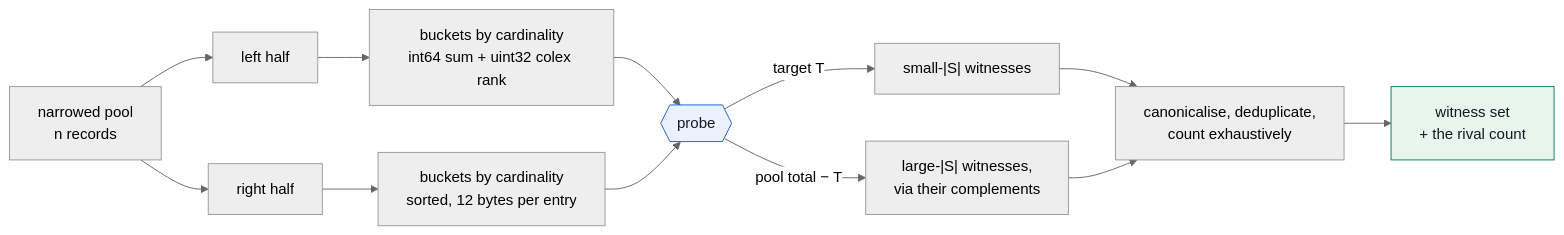
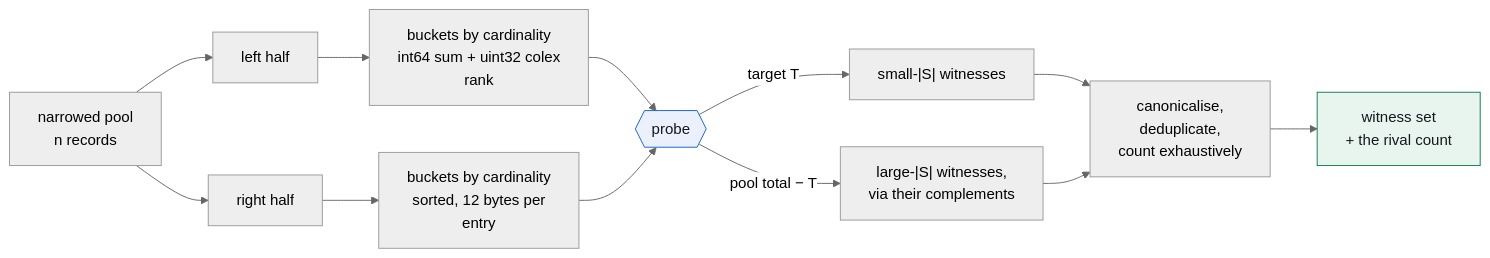
One commit to Rishi0507/Manhattan changed the diagram in docs/diagrams/design-2.mmd. Above: the diagram before and after it, drawn with Mermaid (neutral theme). The commit also changed 8 other files, not shown here.

Commit message:
keep every mermaid label line inside the wrapping width

```diff
--- a/docs/diagrams/design-2.mmd
+++ b/docs/diagrams/design-2.mmd
@@ -1,14 +1,14 @@
 flowchart LR
     P["narrowed pool<br/>n records"] --> L["left half"]
     P --> R["right half"]
-    L --> LB["buckets by cardinality<br/>int64 sum + uint32 colex rank"]
-    R --> RB["buckets by cardinality<br/>sorted, 12 bytes per entry"]
+    L --> LB["buckets by cardinality<br/>int64 sum + uint32 colex<br/>rank"]
+    R --> RB["buckets by cardinality<br/>sorted, 12 bytes per<br/>entry"]
     LB --> PR{{"probe"}}
     RB --> PR
     PR -->|"target T"| W["small-|S| witnesses"]
     PR -->|"pool total − T"| C["large-|S| witnesses,<br/>via their complements"]
-    W --> DD["canonicalise, deduplicate,<br/>count exhaustively"]
+    W --> DD["canonicalise,<br/>deduplicate,<br/>count exhaustively"]
     C --> DD
     DD --> OUT["witness set<br/>+ the rival count"]
     style PR fill:#eaf1fd,stroke:#1461cc,color:#16181d
     style OUT fill:#e7f5ee,stroke:#0a7d4e,color:#16181d
```
